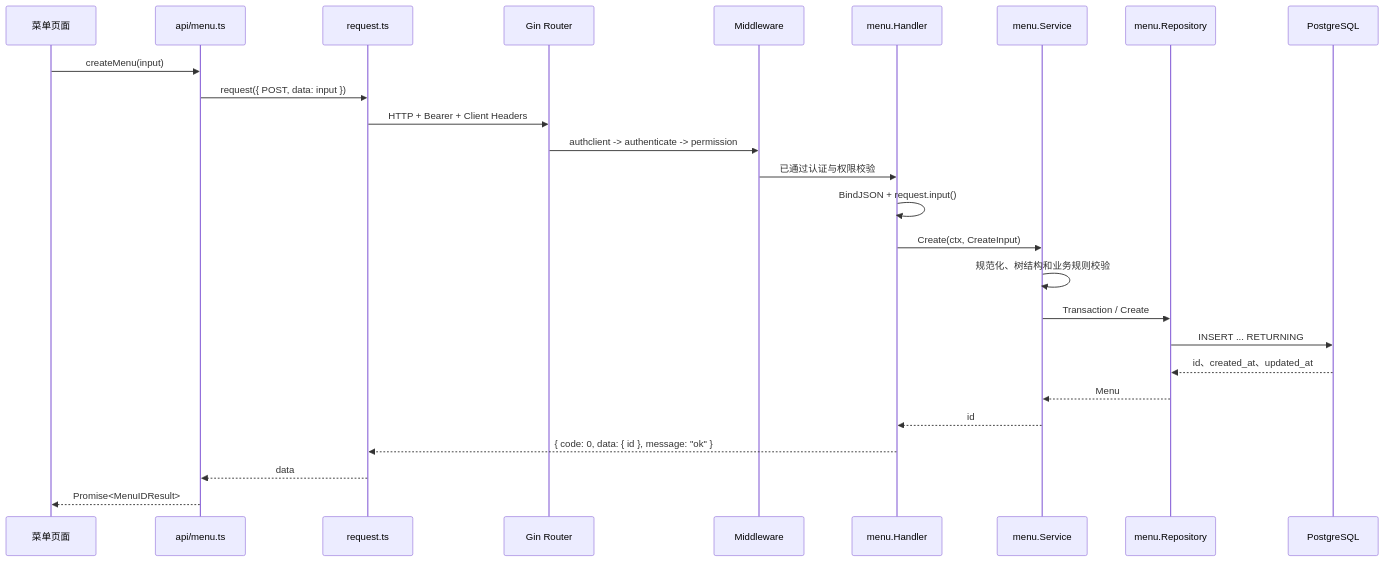
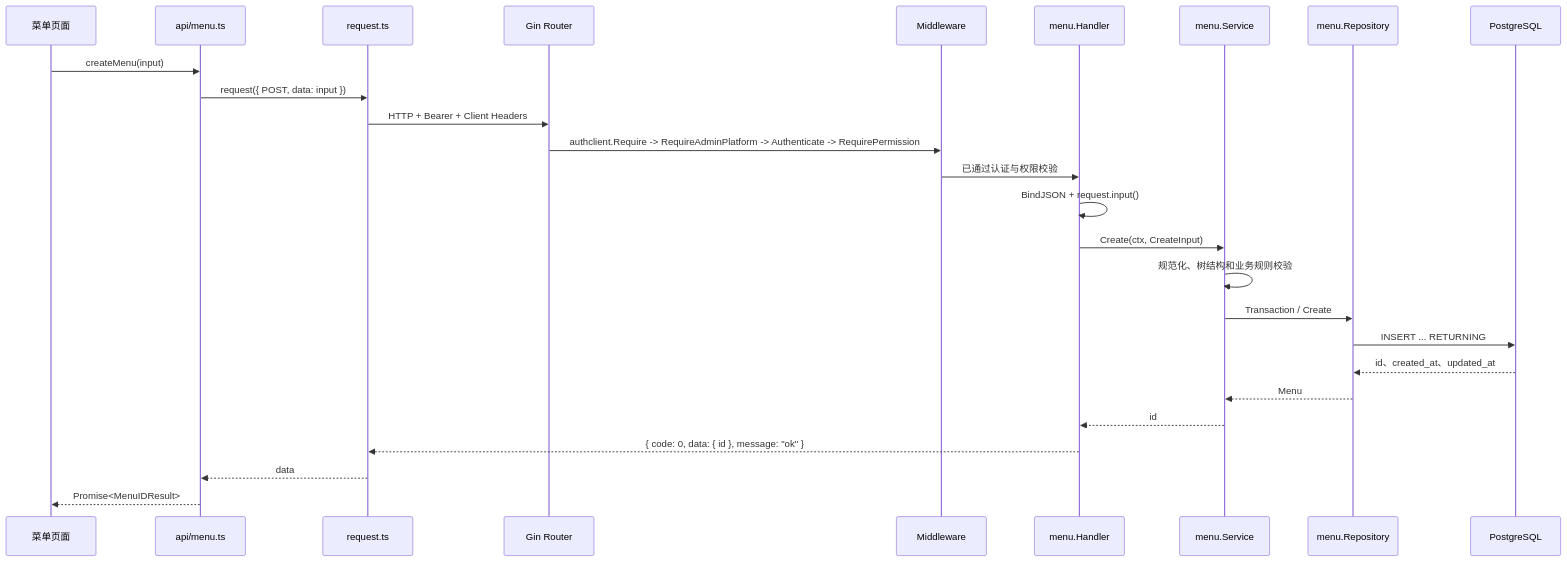
One commit to zgm2003/admin changed the second of 4 diagrams in docs/learning/admin-architecture-and-crud.md. Above: the diagram before and after it, drawn with Mermaid. The commit also changed other lines of this file and 33 other files, not shown here.

````diff
--- a/docs/learning/admin-architecture-and-crud.md
+++ b/docs/learning/admin-architecture-and-crud.md
@@ -85,29 +85,29 @@
 ```mermaid
 sequenceDiagram
     participant V as 菜单页面
     participant A as api/menu.ts
     participant X as request.ts
     participant R as Gin Router
     participant M as Middleware
     participant H as menu.Handler
     participant S as menu.Service
     participant P as menu.Repository
     participant DB as PostgreSQL
 
     V->>A: createMenu(input)
     A->>X: request({ POST, data: input })
     X->>R: HTTP + Bearer + Client Headers
-    R->>M: authclient -> authenticate -> permission
+    R->>M: authclient.Require -> RequireAdminPlatform -> Authenticate -> RequirePermission
     M->>H: 已通过认证与权限校验
     H->>H: BindJSON + request.input()
     H->>S: Create(ctx, CreateInput)
     S->>S: 规范化、树结构和业务规则校验
     S->>P: Transaction / Create
     P->>DB: INSERT ... RETURNING
     DB-->>P: id、created_at、updated_at
     P-->>S: Menu
     S-->>H: id
     H-->>X: { code: 0, data: { id }, message: "ok" }
     X-->>A: data
     A-->>V: Promise<MenuIDResult>
 ```
````
